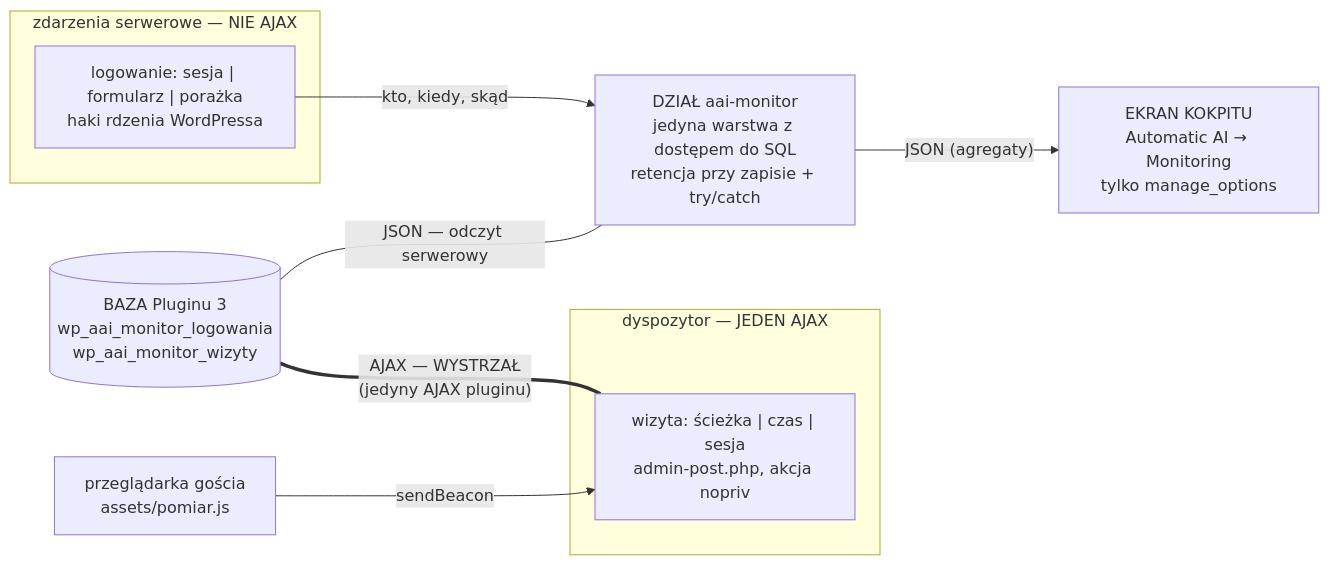
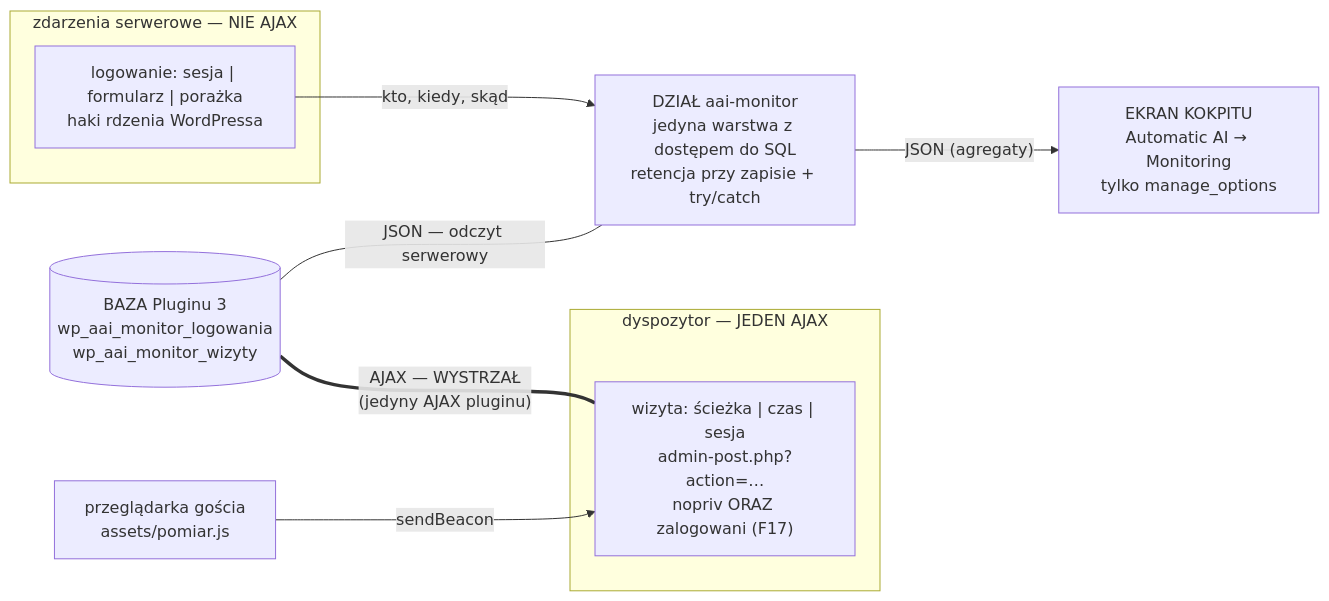
One commit to krzysiek2115op/aai-platforma-szkolen changed the first of 4 diagrams in docs/plugin-3/DIAGRAM.md. Above: the diagram before and after it, drawn with Mermaid. The commit also changed other lines of this file and 2 other files, not shown here.

````diff
--- a/docs/plugin-3/DIAGRAM.md
+++ b/docs/plugin-3/DIAGRAM.md
@@ -131,23 +156,23 @@
 ```mermaid
 flowchart LR
     BAZA[("BAZA Pluginu 3<br/>wp_aai_monitor_logowania<br/>wp_aai_monitor_wizyty")]
 
     DZIAL["DZIAŁ aai-monitor<br/>jedyna warstwa z dostępem do SQL<br/>retencja przy zapisie + try/catch"]
 
     subgraph AKCJE["dyspozytor — JEDEN AJAX"]
-        DY["wizyta: ścieżka | czas | sesja<br/>admin-post.php, akcja nopriv"]
+        DY["wizyta: ścieżka | czas | sesja<br/>admin-post.php?action=…<br/>nopriv ORAZ zalogowani (F17)"]
     end
 
     subgraph ZDARZENIA["zdarzenia serwerowe — NIE AJAX"]
         ZD["logowanie: sesja | formularz | porażka<br/>haki rdzenia WordPressa"]
     end
 
     PRZEGL["przeglądarka gościa<br/>assets/pomiar.js"]
     EKRAN["EKRAN KOKPITU<br/>Automatic AI → Monitoring<br/>tylko manage_options"]
 
     BAZA ---|"JSON — odczyt serwerowy"| DZIAL
     DZIAL -->|"JSON (agregaty)"| EKRAN
     BAZA ===|"AJAX — WYSTRZAŁ<br/>(jedyny AJAX pluginu)"| DY
     PRZEGL -->|"sendBeacon"| DY
     ZD -->|"kto, kiedy, skąd"| DZIAL
 ```
````
